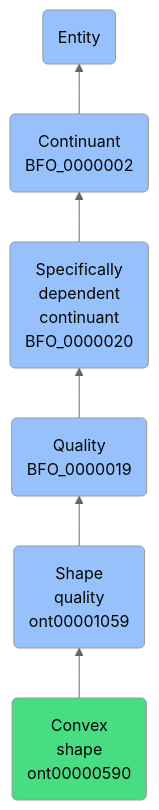
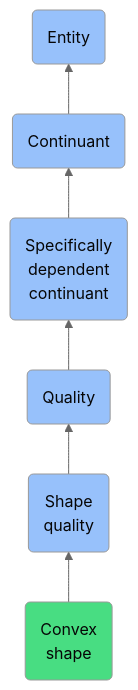
The diagram in docs/ontology/reference/model/Entity/Continuant/Specifically dependent continuant/Quality/Shape quality/Convex shape/Convex shape.md (jupyter-naas/abi), drawn with Mermaid (neutral theme) before and after one commit. The commit also changed other lines of this file and 1430 other files, not shown here.

````diff
--- a/docs/ontology/reference/model/Entity/Continuant/Specifically dependent continuant/Quality/Shape quality/Convex shape/Convex shape.md
+++ b/docs/ontology/reference/model/Entity/Continuant/Specifically dependent continuant/Quality/Shape quality/Convex shape/Convex shape.md
@@ -24,13 +24,13 @@
 ```mermaid
 graph BT
-    ont00000590(Convex<br>shape<br>ont00000590):::ABI-->ont00001059
-    ont00001059(Shape<br>quality<br>ont00001059):::BFO-->BFO_0000019
-    BFO_0000019(Quality<br>BFO_0000019):::BFO-->BFO_0000020
-    BFO_0000020(Specifically<br>dependent<br>continuant<br>BFO_0000020):::BFO-->BFO_0000002
-    BFO_0000002(Continuant<br>BFO_0000002):::BFO-->BFO_0000001
+    ont00000590(Convex<br>shape):::ABI-->ont00001059
+    ont00001059(Shape<br>quality):::BFO-->BFO_0000019
+    BFO_0000019(Quality):::BFO-->BFO_0000020
+    BFO_0000020(Specifically<br>dependent<br>continuant):::BFO-->BFO_0000002
+    BFO_0000002(Continuant):::BFO-->BFO_0000001
     BFO_0000001(Entity):::BFO
     
     classDef BFO fill:#97c1fb,color:#060606
     classDef CCO fill:#e4c51e,color:#060606
     classDef ABI fill:#48DD82,color:#060606
 ```
````
